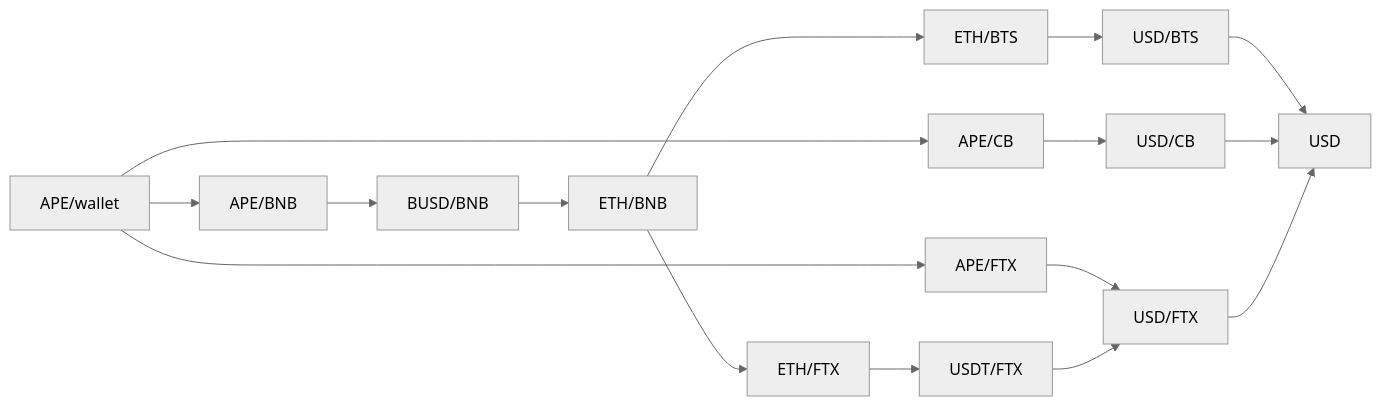
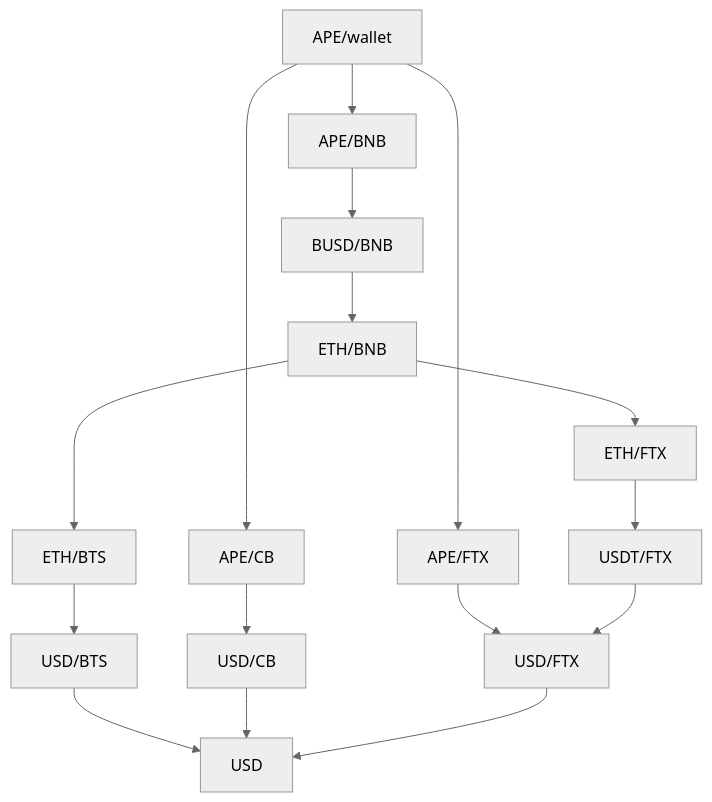
Before and after one commit to Ramzgate/sense: the second of 2 diagrams in README.md, drawn with Mermaid (neutral theme). The commit also changed other lines of this file, not shown here.

````diff
--- a/README.md
+++ b/README.md
@@ -27,18 +28,18 @@
 ```mermaid
-graph LR
+graph TD
   A["ETH/BNB"] --> B["ETH/BTS"]
   B --> C["USD/BTS"]
   C --> D[USD]
   E["APE/BNB"] --> F["BUSD/BNB"]
   F --> A
   G["APE/wallet"] --> H["APE/FTX"]
   H --> I["USD/FTX"]
   G --> J["APE/CB"]
   J --> K["USD/CB"]
   K --> D
   G --> E
   A --> L["ETH/FTX"]
   L --> M["USDT/FTX"]
   M --> I
   I --> D
 ```
````
